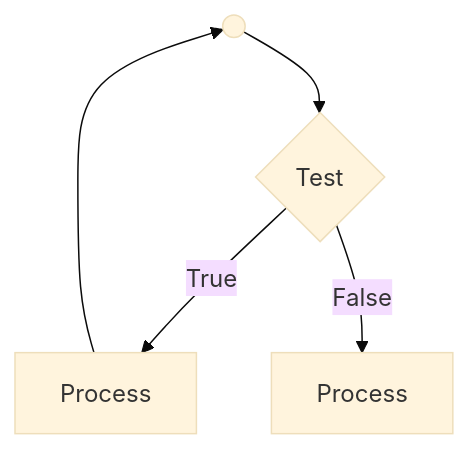
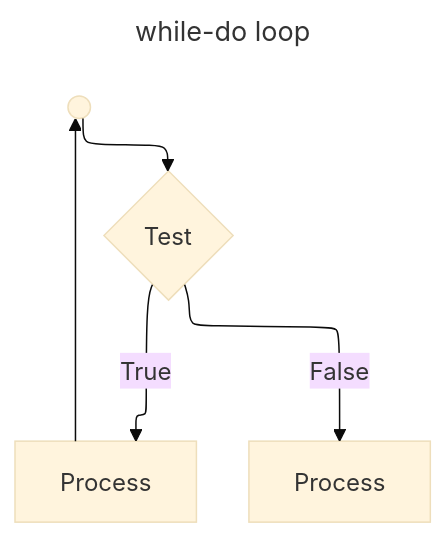
The fourth of 4 diagrams in README.MD (ArkarHein44/Flowchart), drawn with Mermaid (base theme) before and after one commit. The commit also changed other lines of this file, not shown here.

Commit message:
init commit

````diff
--- a/README.MD
+++ b/README.MD
@@ -49,10 +49,10 @@
 ```mermaid
 ---
-tittle: while-do loop
+title: while-do loop
 ---
-flowchart TB
+flowchart-elk
     A(( ))-->B{Test}
     B-- True --> C[Process]
     B-- False -->D[Process]
     C-->A
 ```
````
